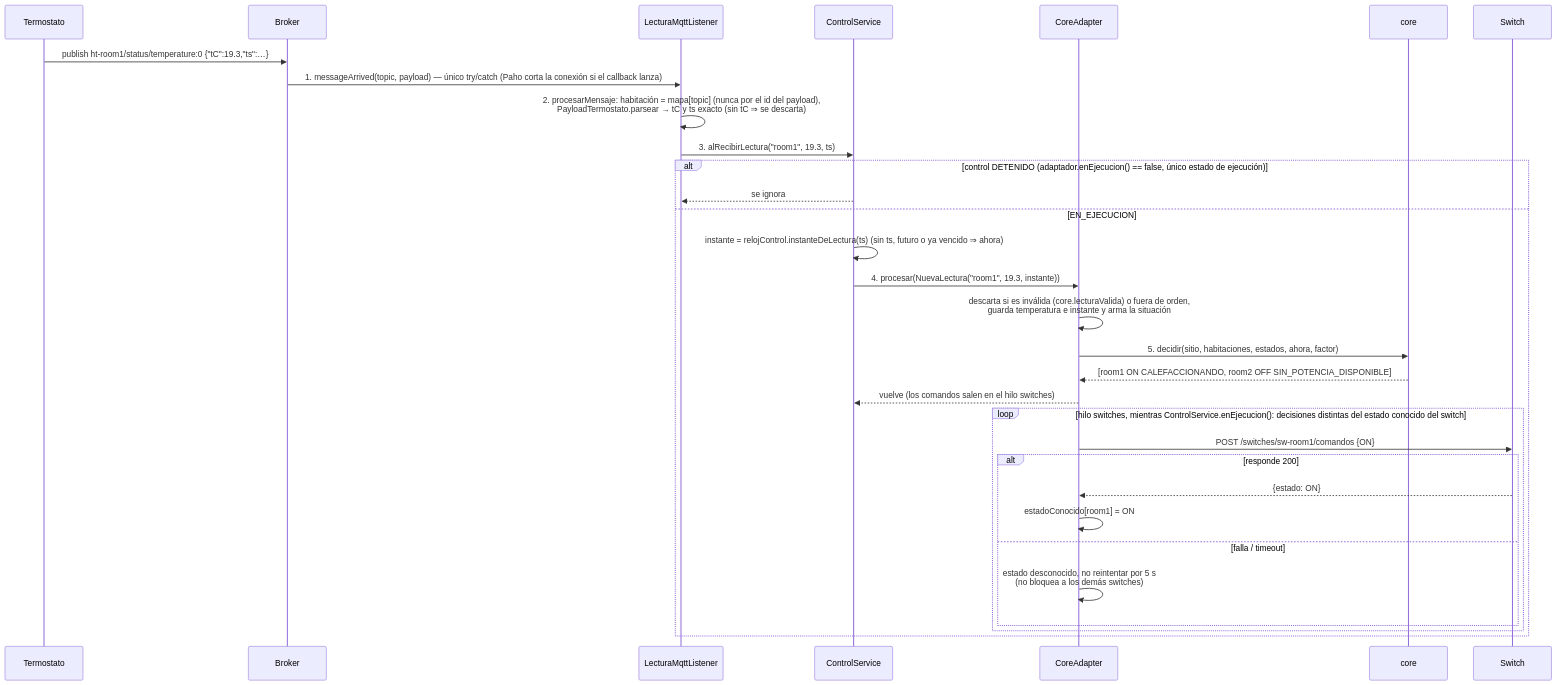
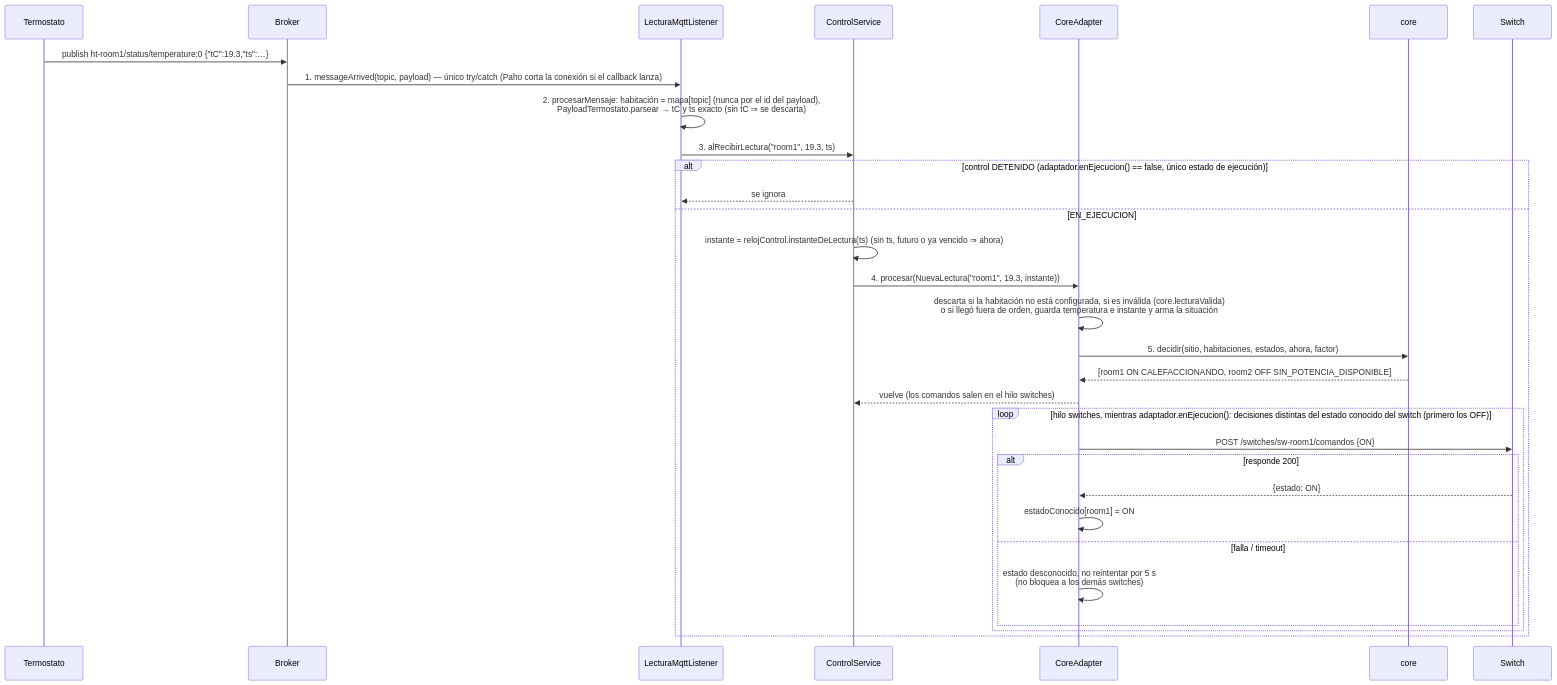
One commit to BrayanBCode/iiss-2026-grupo-4 changed the fifth of 9 diagrams in docs/arquitectura/4mas1.md. Above: the diagram before and after it, drawn with Mermaid. The commit also changed other lines of this file and 1 other file, not shown here.

Commit message:
docs: 4+1 actualizado al diseño actual del core y del engine (T11a)

````diff
--- a/docs/arquitectura/4mas1.md
+++ b/docs/arquitectura/4mas1.md
@@ -382,34 +440,34 @@
 ```mermaid
 sequenceDiagram
     participant T as Termostato
     participant B as Broker
     participant Mq as LecturaMqttListener
     participant Ctl as ControlService
     participant Ad as CoreAdapter
     participant Core as core
     participant Sw as Switch
 
     T->>B: publish ht-room1/status/temperature:0 {"tC":19.3,"ts":…}
     B->>Mq: 1. messageArrived(topic, payload) — único try/catch (Paho corta la conexión si el callback lanza)
     Mq->>Mq: 2. procesarMensaje: habitación = mapa[topic] (nunca por el id del payload),<br/>PayloadTermostato.parsear → tC y ts exacto (sin tC ⇒ se descarta)
     Mq->>Ctl: 3. alRecibirLectura("room1", 19.3, ts)
     alt control DETENIDO (adaptador.enEjecucion() == false, único estado de ejecución)
         Ctl-->>Mq: se ignora
     else EN_EJECUCION
         Ctl->>Ctl: instante = relojControl.instanteDeLectura(ts) (sin ts, futuro o ya vencido ⇒ ahora)
         Ctl->>Ad: 4. procesar(NuevaLectura("room1", 19.3, instante))
-        Ad->>Ad: descarta si es inválida (core.lecturaValida) o fuera de orden,<br/>guarda temperatura e instante y arma la situación
+        Ad->>Ad: descarta si la habitación no está configurada, si es inválida (core.lecturaValida)<br/>o si llegó fuera de orden, guarda temperatura e instante y arma la situación
         Ad->>Core: 5. decidir(sitio, habitaciones, estados, ahora, factor)
         Core-->>Ad: [room1 ON CALEFACCIONANDO, room2 OFF SIN_POTENCIA_DISPONIBLE]
         Ad-->>Ctl: vuelve (los comandos salen en el hilo switches)
-        loop hilo switches, mientras ControlService.enEjecucion(): decisiones distintas del estado conocido del switch
+        loop hilo switches, mientras adaptador.enEjecucion(): decisiones distintas del estado conocido del switch (primero los OFF)
             Ad->>Sw: POST /switches/sw-room1/comandos {ON}
             alt responde 200
                 Sw-->>Ad: {estado: ON}
                 Ad->>Ad: estadoConocido[room1] = ON
             else falla / timeout
                 Ad->>Ad: estado desconocido, no reintentar por 5 s<br/>(no bloquea a los demás switches)
             end
         end
     end
 ```
````
